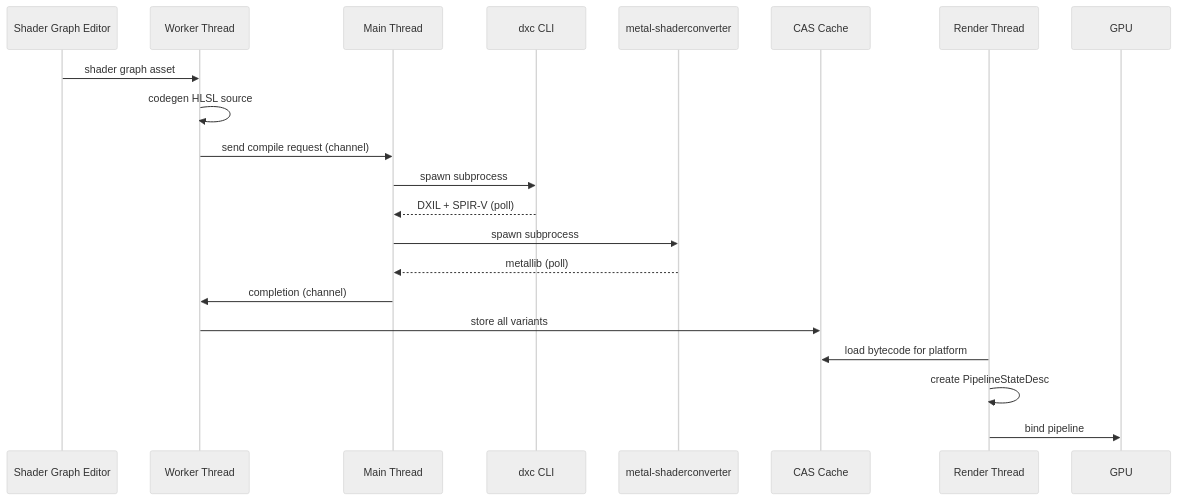
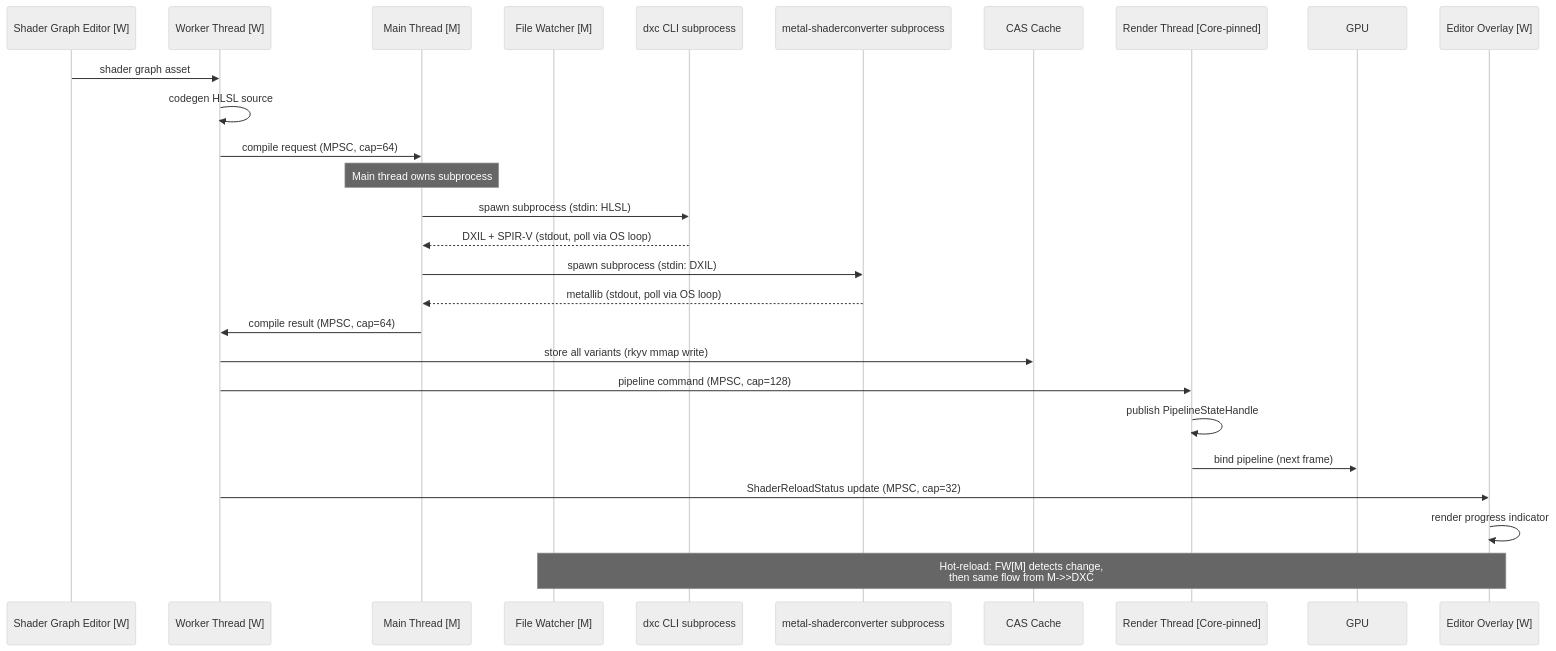
Before and after one commit to harmonius-dev/harmonius: the second of 4 diagrams in docs/design/integration/asset-pipeline-rendering.md, drawn with Mermaid (neutral theme). The commit also changed other lines of this file and 109 other files, not shown here.

````diff
--- a/docs/design/integration/asset-pipeline-rendering.md
+++ b/docs/design/integration/asset-pipeline-rendering.md
@@ -217,24 +571,31 @@
 ```mermaid
 sequenceDiagram
-    participant SG as Shader Graph Editor
-    participant W as Worker Thread
-    participant M as Main Thread
-    participant DXC as dxc CLI
-    participant MSC as metal-shaderconverter
+    participant SG as Shader Graph Editor [W]
+    participant W as Worker Thread [W]
+    participant M as Main Thread [M]
+    participant FW as File Watcher [M]
+    participant DXC as dxc CLI subprocess
+    participant MSC as metal-shaderconverter subprocess
     participant CAS as CAS Cache
-    participant R as Render Thread
+    participant R as Render Thread [Core-pinned]
     participant GPU as GPU
+    participant UI as Editor Overlay [W]
 
     SG->>W: shader graph asset
     W->>W: codegen HLSL source
-    W->>M: send compile request (channel)
-    M->>DXC: spawn subprocess
-    DXC-->>M: DXIL + SPIR-V (poll)
-    M->>MSC: spawn subprocess
-    MSC-->>M: metallib (poll)
-    M->>W: completion (channel)
-    W->>CAS: store all variants
-    R->>CAS: load bytecode for platform
-    R->>R: create PipelineStateDesc
-    R->>GPU: bind pipeline
+    W->>M: compile request (MPSC, cap=64)
+    Note over M: Main thread owns subprocess
+    M->>DXC: spawn subprocess (stdin: HLSL)
+    DXC-->>M: DXIL + SPIR-V (stdout, poll via OS loop)
+    M->>MSC: spawn subprocess (stdin: DXIL)
+    MSC-->>M: metallib (stdout, poll via OS loop)
+    M->>W: compile result (MPSC, cap=64)
+    W->>CAS: store all variants (rkyv mmap write)
+    W->>R: pipeline command (MPSC, cap=128)
+    R->>R: publish PipelineStateHandle
+    R->>GPU: bind pipeline (next frame)
+    W->>UI: ShaderReloadStatus update (MPSC, cap=32)
+    UI->>UI: render progress indicator
+
+    Note over FW,UI: Hot-reload: FW[M] detects change,<br/>then same flow from M->>DXC
 ```
````
